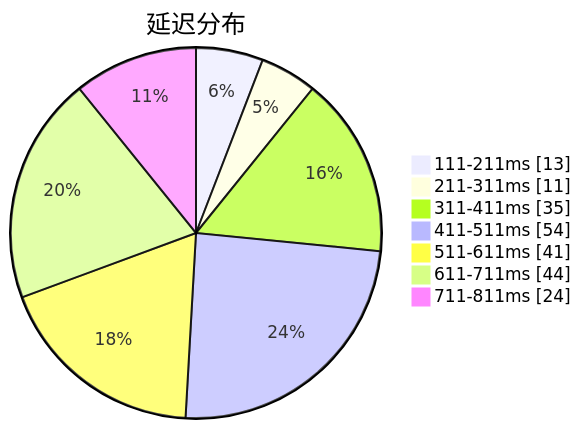
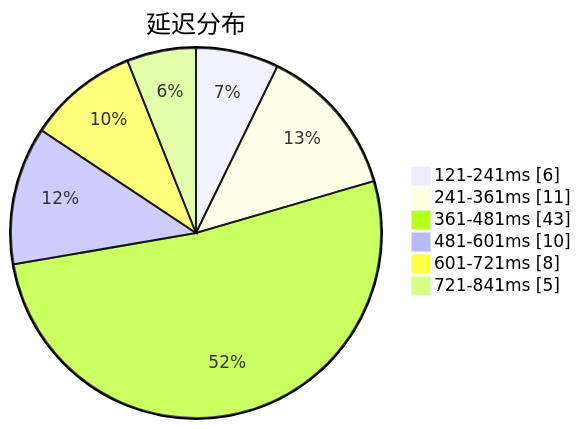
Before and after one commit to sinspired/airport: the first of 3 diagrams in subs/statistics/tested_within.md, drawn with Mermaid. The commit also changed other lines of this file and 2 other files, not shown here.

````diff
--- a/subs/statistics/tested_within.md
+++ b/subs/statistics/tested_within.md
@@ -2,11 +2,10 @@
 ```mermaid
 pie showData
 title 延迟分布
-"111-211ms" : 13
-"211-311ms" : 11
-"311-411ms" : 35
-"411-511ms" : 54
-"511-611ms" : 41
-"611-711ms" : 44
-"711-811ms" : 24
+"121-241ms" : 6
+"241-361ms" : 11
+"361-481ms" : 43
+"481-601ms" : 10
+"601-721ms" : 8
+"721-841ms" : 5
 ```
````
